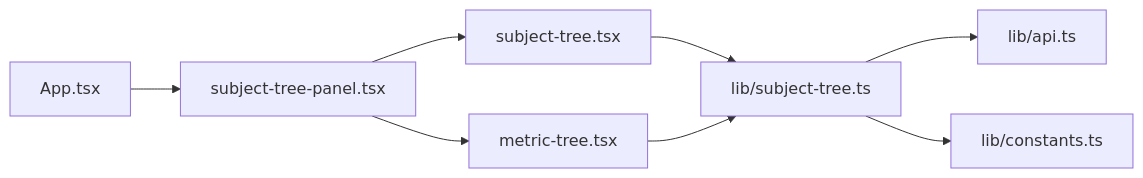
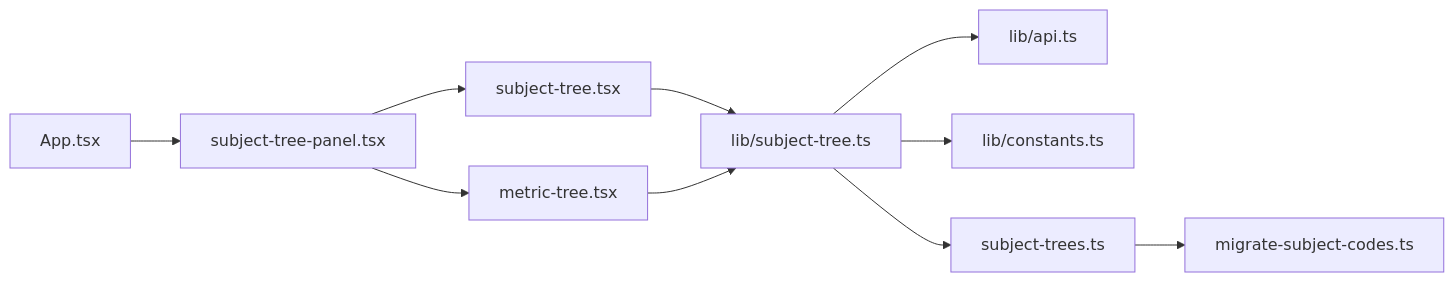
One commit to Damao997/newproject changed the tenth of 10 diagrams in .qoder/repowiki/zh/content/架构设计/组件架构/业务组件/主题树系统.md. Above: the diagram before and after it, drawn with Mermaid. The commit also changed other lines of this file and 10 other files, not shown here.

````diff
--- a/.qoder/repowiki/zh/content/架构设计/组件架构/业务组件/主题树系统.md
+++ b/.qoder/repowiki/zh/content/架构设计/组件架构/业务组件/主题树系统.md
@@ -303,10 +389,12 @@
 ```mermaid
 graph LR
 App["App.tsx"] --> Panel["subject-tree-panel.tsx"]
 Panel --> Tree["subject-tree.tsx"]
 Panel --> Metrics["metric-tree.tsx"]
 Tree --> Logic["lib/subject-tree.ts"]
 Metrics --> Logic
 Logic --> API["lib/api.ts"]
 Logic --> Consts["lib/constants.ts"]
+Logic --> Encoder["subject-trees.ts"]
+Encoder --> Migration["migrate-subject-codes.ts"]
 ```
````
